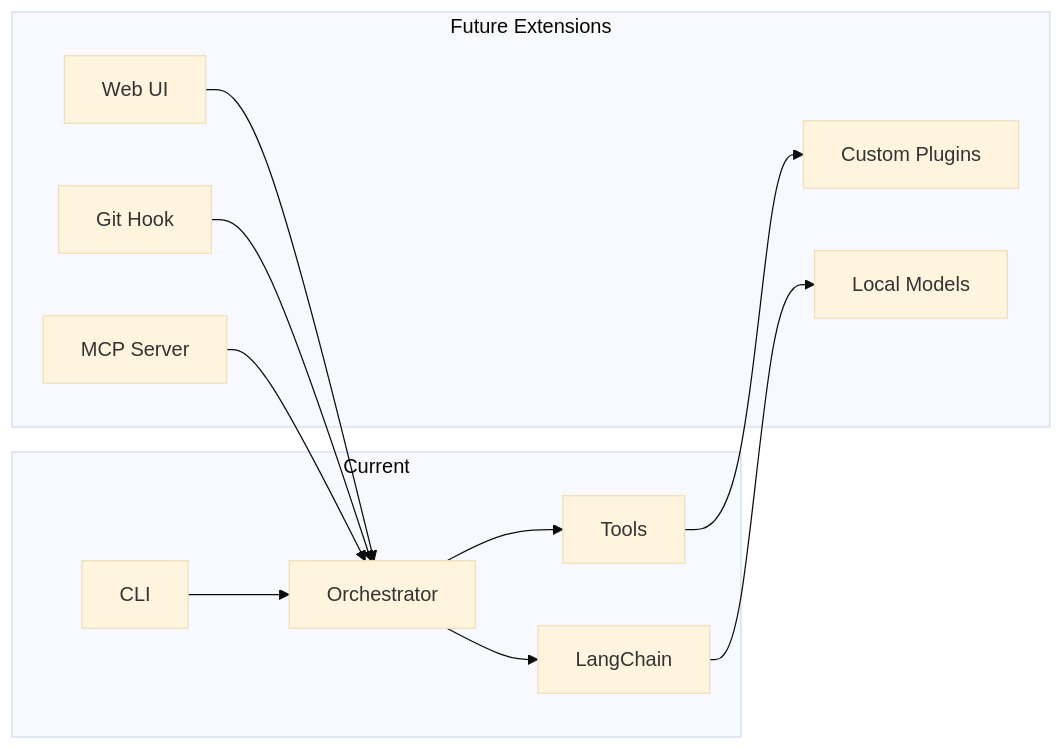
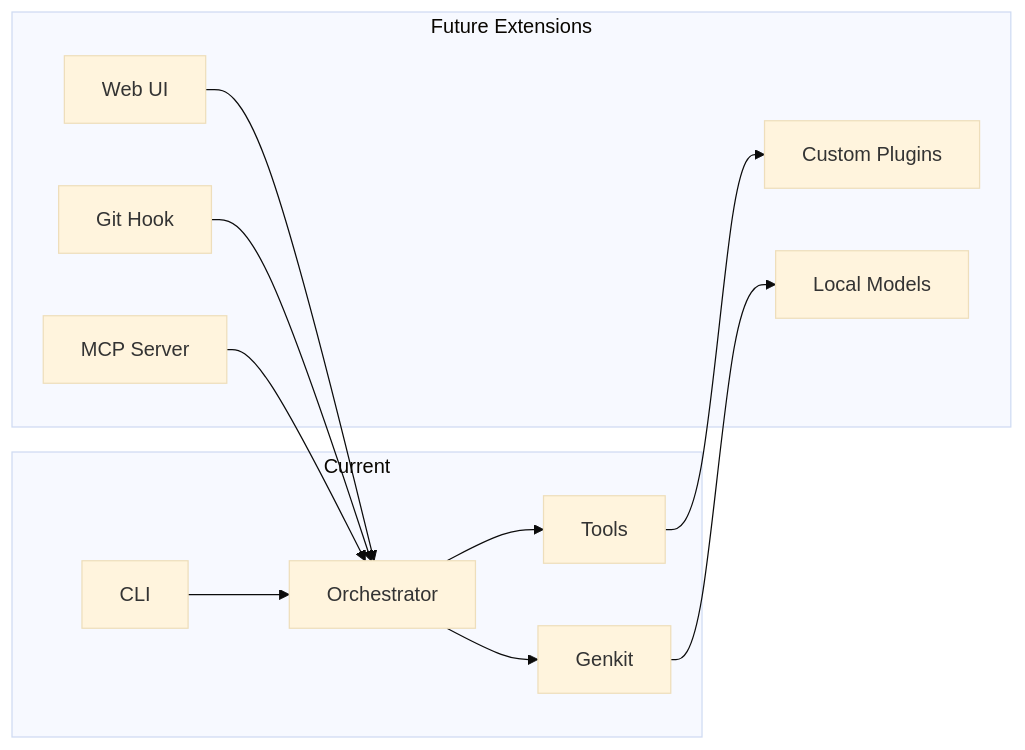
Diagram 13 of 13 in .ai-interactions/outputs/phase-1/output-1_rfc.md (mochow13/keen-code), drawn with Mermaid (base theme) before and after one commit. The commit also changed other lines of this file and 19 other files, not shown here.

````diff
--- a/.ai-interactions/outputs/phase-1/output-1_rfc.md
+++ b/.ai-interactions/outputs/phase-1/output-1_rfc.md
@@ -676,16 +676,16 @@
 ```mermaid
 graph LR
     subgraph "Current"
         A[CLI] --> B[Orchestrator]
         B --> C[Tools]
-        B --> D[LangChain]
+        B --> D[Genkit]
     end
     
     subgraph "Future Extensions"
         E[Web UI] --> B
         F[Git Hook] --> B
         G[MCP Server] --> B
         C --> H[Custom Plugins]
         D --> I[Local Models]
     end
 ```
````
